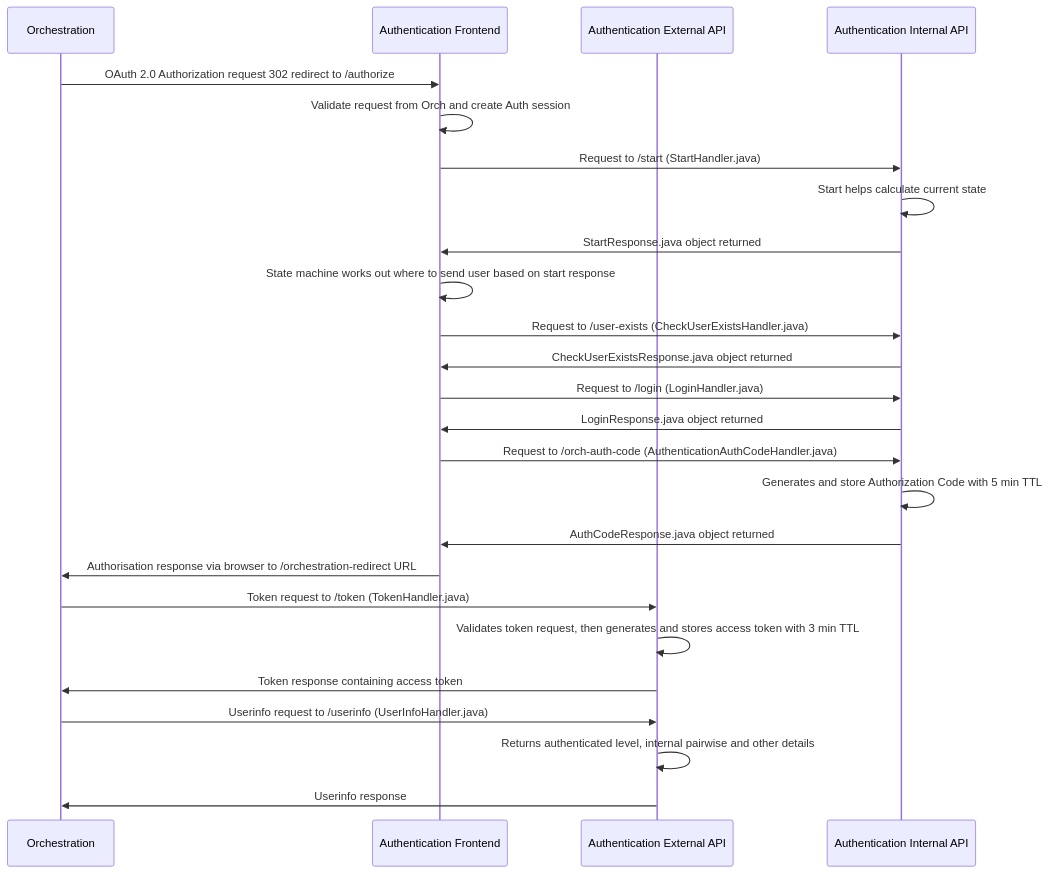
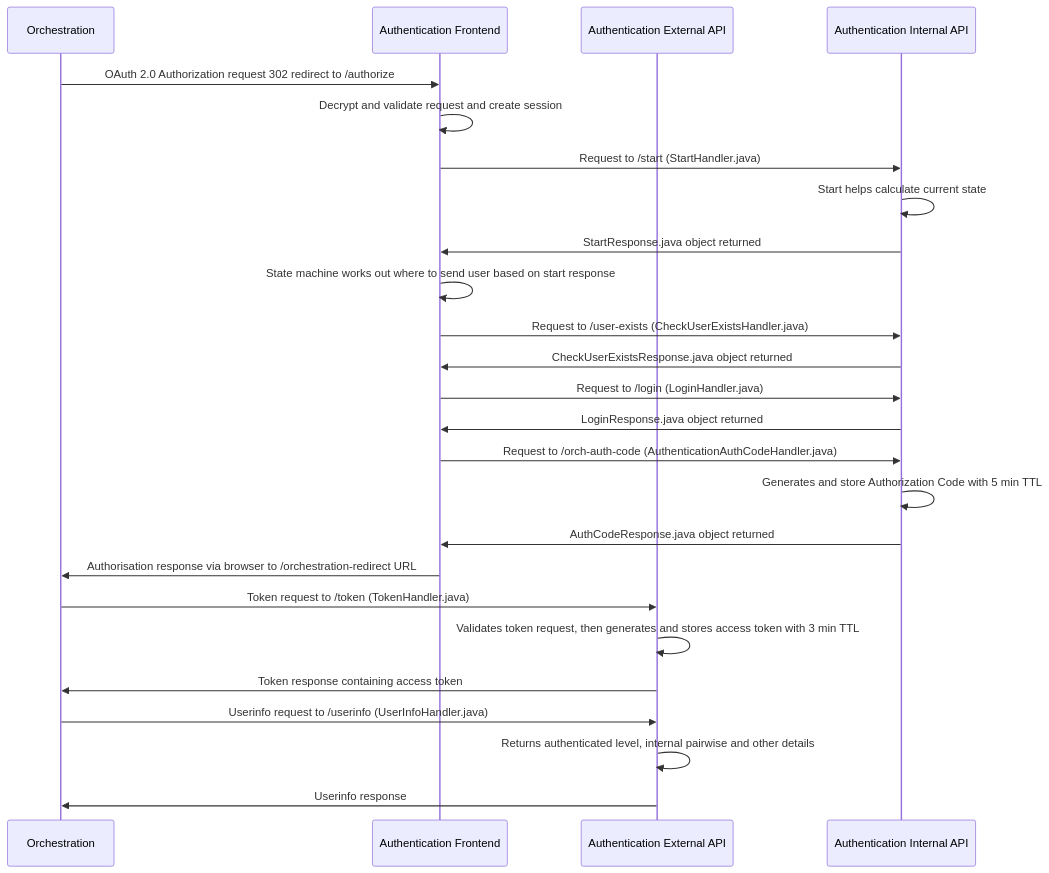
The diagram in docs/diagrams/authentication/login/login-low-level.mmd (govuk-one-login/authentication-api), drawn with Mermaid before and after one commit. The commit also changed 8 other files, not shown here.

Commit message:
BAU: Standardise session creation wording across login diagrams

```diff
--- a/docs/diagrams/authentication/login/login-low-level.mmd
+++ b/docs/diagrams/authentication/login/login-low-level.mmd
@@ -1,25 +1,25 @@
 sequenceDiagram
     participant orch_api as Orchestration
     participant auth_frontend as Authentication Frontend
     participant auth_external_api as Authentication External API
     participant auth_internal_api as Authentication Internal API    
     orch_api ->> auth_frontend : OAuth 2.0 Authorization request 302 redirect to /authorize
-    auth_frontend ->> auth_frontend : Validate request from Orch and create Auth session 
+    auth_frontend ->> auth_frontend : Decrypt and validate request and create session 
     auth_frontend ->> auth_internal_api : Request to /start (StartHandler.java)
     auth_internal_api ->> auth_internal_api : Start helps calculate current state
     auth_internal_api ->> auth_frontend : StartResponse.java object returned
     auth_frontend ->> auth_frontend : State machine works out where to send user based on start response
     auth_frontend ->> auth_internal_api : Request to /user-exists (CheckUserExistsHandler.java)
     auth_internal_api ->> auth_frontend: CheckUserExistsResponse.java object returned
     auth_frontend ->> auth_internal_api : Request to /login (LoginHandler.java)
     auth_internal_api ->> auth_frontend: LoginResponse.java object returned
     auth_frontend ->> auth_internal_api : Request to /orch-auth-code (AuthenticationAuthCodeHandler.java)
     auth_internal_api ->> auth_internal_api : Generates and store Authorization Code with 5 min TTL
     auth_internal_api ->> auth_frontend: AuthCodeResponse.java object returned
     auth_frontend ->> orch_api : Authorisation response via browser to /orchestration-redirect URL
     orch_api ->> auth_external_api: Token request to /token (TokenHandler.java)
     auth_external_api ->> auth_external_api : Validates token request, then generates and stores access token with 3 min TTL
     auth_external_api ->> orch_api : Token response containing access token
     orch_api ->> auth_external_api: Userinfo request to /userinfo (UserInfoHandler.java)
     auth_external_api ->> auth_external_api: Returns authenticated level, internal pairwise and other details
     auth_external_api ->> orch_api : Userinfo response
```
